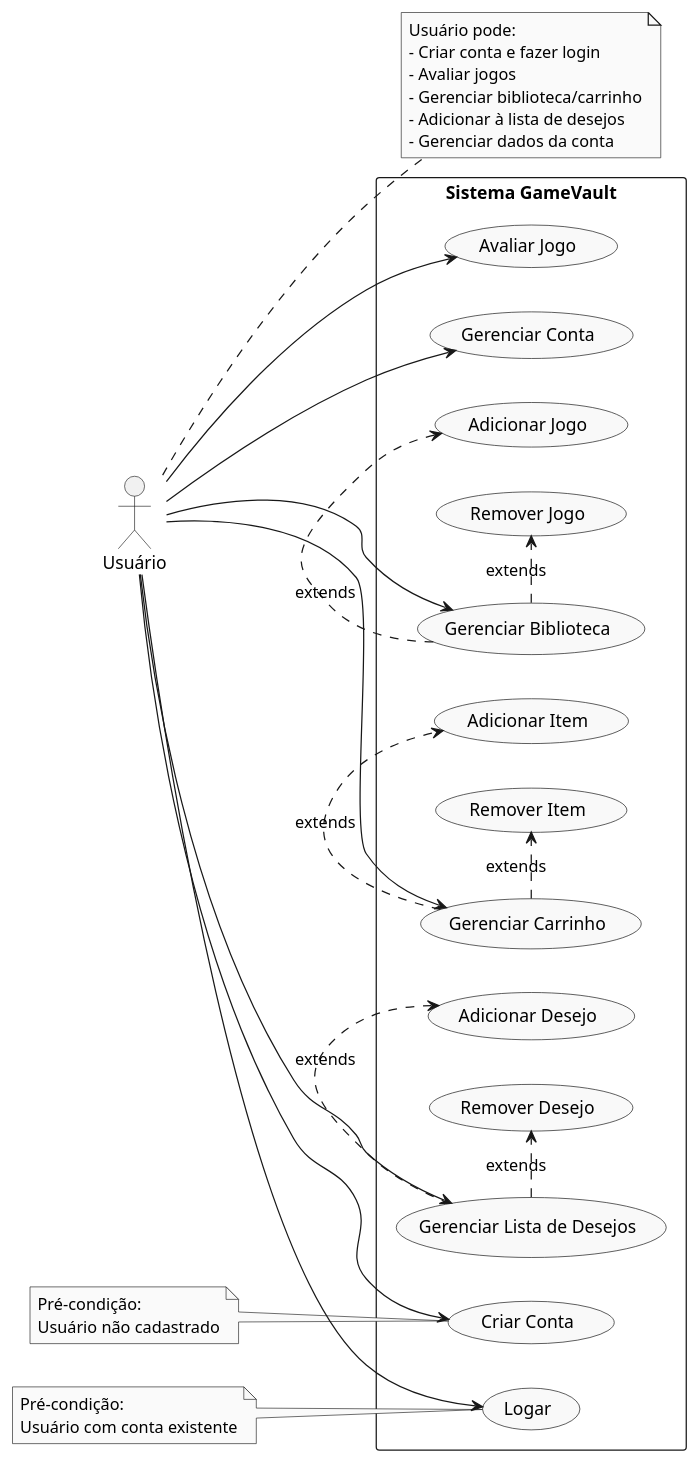
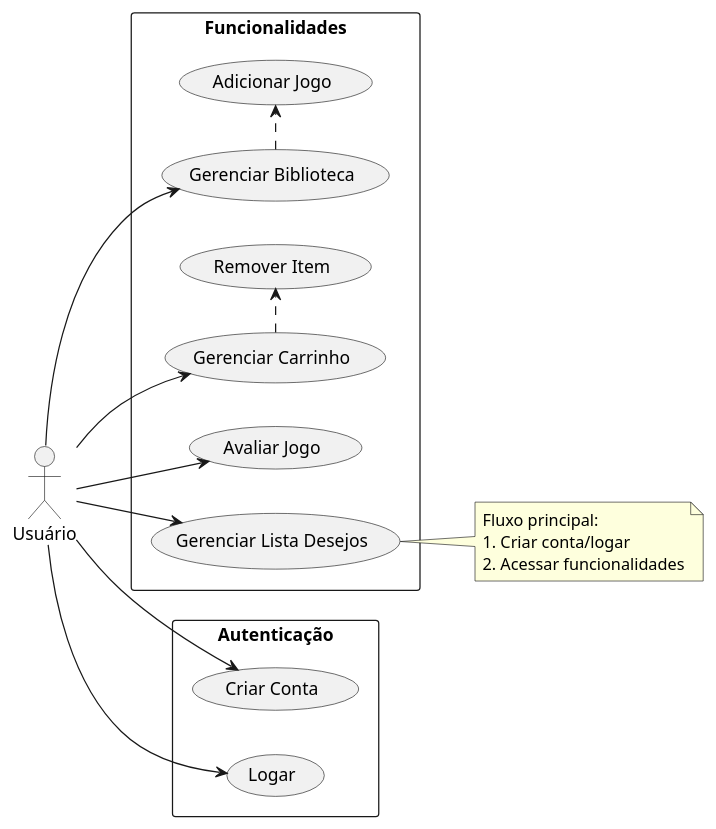
One commit to fatec-project/lm-projeto-interdisciplinar-sem-5 changed the diagram in diagramas/casosUso.puml. Above: the diagram before and after it, drawn with PlantUML.

Commit message:
Deixa diagrama de casos de uso mais compacto

```diff
--- a/diagramas/casosUso.puml
+++ b/diagramas/casosUso.puml
@@ -1,54 +1,30 @@
 @startuml casosUso
 left to right direction
-skinparam monochrome true
-skinparam usecase {
-  BackgroundColor #F9F9F9
-  BorderColor #000000
-}
 
 actor Usuário
 
-rectangle "Sistema GameVault" {
-  (Criar Conta) as UC6
-  (Logar) as UC7
-  (Avaliar Jogo) as UC1
-  (Gerenciar Biblioteca) as UC2
-  (Gerenciar Carrinho) as UC3
-  (Gerenciar Lista de Desejos) as UC4
-  (Gerenciar Conta) as UC5
-  
-  UC2 .> (Adicionar Jogo) : extends
-  UC2 .> (Remover Jogo) : extends
-  UC3 .> (Adicionar Item) : extends
-  UC3 .> (Remover Item) : extends
-  UC4 .> (Adicionar Desejo) : extends
-  UC4 .> (Remover Desejo) : extends
-  
-  Usuário --> UC6
-  Usuário --> UC7
-  Usuário --> UC1
-  Usuário --> UC2
-  Usuário --> UC3
-  Usuário --> UC4
-  Usuário --> UC5
+rectangle "Autenticação" {
+  (Criar Conta) 
+  (Logar)
 }
 
-note right of Usuário
-  Usuário pode:
-  - Criar conta e fazer login
-  - Avaliar jogos
-  - Gerenciar biblioteca/carrinho
-  - Adicionar à lista de desejos
-  - Gerenciar dados da conta
-end note
+rectangle "Funcionalidades" {
+  (Avaliar Jogo)
+  (Gerenciar Biblioteca) .> (Adicionar Jogo)
+  (Gerenciar Carrinho) .> (Remover Item)
+  (Gerenciar Lista Desejos)
+}
 
-note left of UC6
-  Pré-condição:
-  Usuário não cadastrado
-end note
+Usuário --> (Criar Conta)
+Usuário --> (Logar)
+Usuário --> (Avaliar Jogo)
+Usuário --> (Gerenciar Biblioteca)
+Usuário --> (Gerenciar Carrinho)
+Usuário --> (Gerenciar Lista Desejos)
 
-note left of UC7
-  Pré-condição:
-  Usuário com conta existente
+note right
+  Fluxo principal:
+  1. Criar conta/logar
+  2. Acessar funcionalidades
 end note
 @enduml
```
